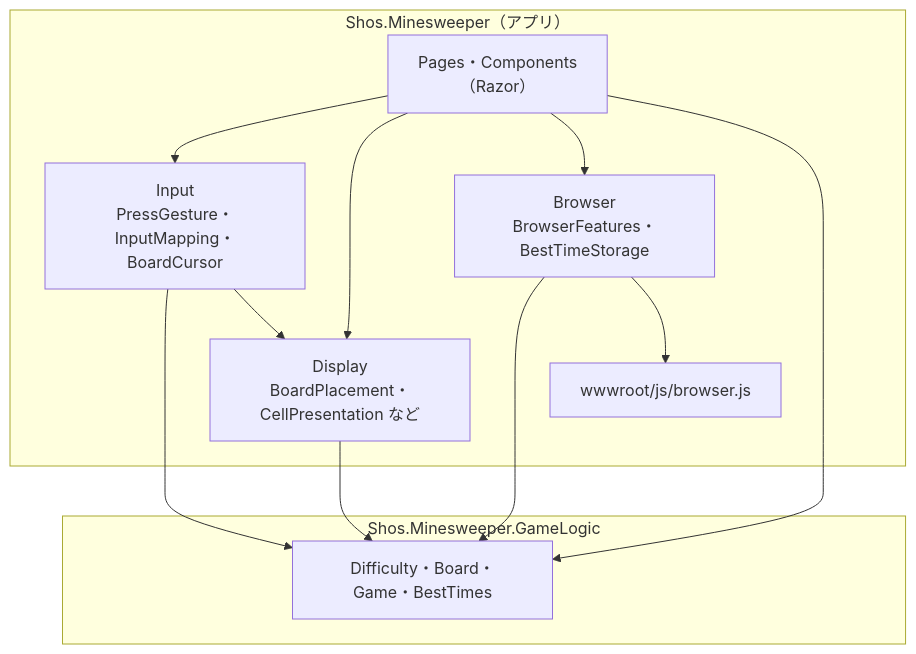
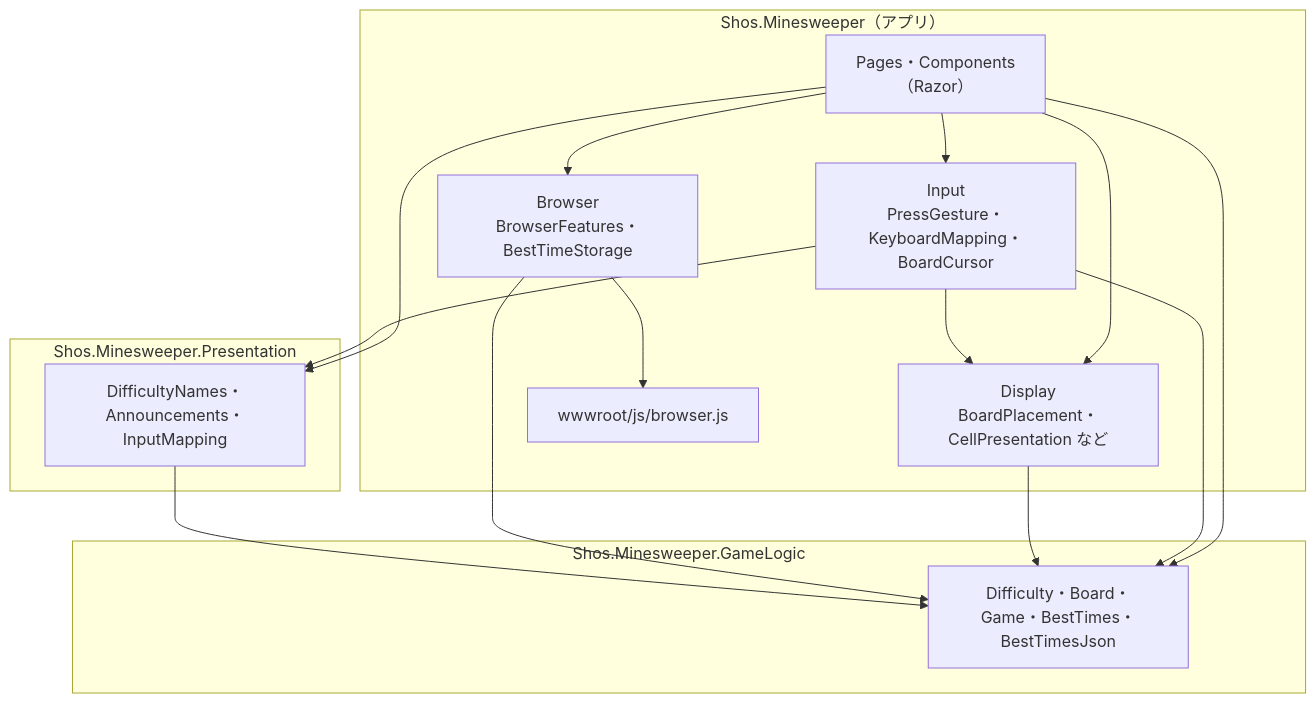
The third of 10 diagrams in docs/04-architecture.md (Fujiwo/Shos.Minesweeper), drawn with Mermaid before and after one commit. The commit also changed other lines of this file and 26 other files, not shown here.

First line of the commit message:
Refactor architecture and implement BestTimesJson for shared storage format

````diff
--- a/docs/04-architecture.md
+++ b/docs/04-architecture.md
@@ -119,22 +136,28 @@
 ```mermaid
 flowchart TB
     subgraph AppProject["Shos.Minesweeper（アプリ）"]
         Components["Pages・Components<br/>（Razor）"]
-        Input["Input<br/>PressGesture・InputMapping・BoardCursor"]
+        Input["Input<br/>PressGesture・KeyboardMapping・BoardCursor"]
         Display["Display<br/>BoardPlacement・CellPresentation など"]
         BrowserFolder["Browser<br/>BrowserFeatures・BestTimeStorage"]
         Js["wwwroot/js/browser.js"]
     end
+    subgraph PresentationProject["Shos.Minesweeper.Presentation"]
+        Shared["DifficultyNames・Announcements・InputMapping"]
+    end
     subgraph GameLogicProject["Shos.Minesweeper.GameLogic"]
-        Logic["Difficulty・Board・Game・BestTimes"]
+        Logic["Difficulty・Board・Game・BestTimes・BestTimesJson"]
     end
     Components --> Input
     Components --> Display
     Components --> BrowserFolder
+    Components --> Shared
     Components --> Logic
+    Input --> Shared
     Input --> Logic
     Input --> Display
     Display --> Logic
     BrowserFolder --> Logic
     BrowserFolder --> Js
+    Shared --> Logic
 ```
````
